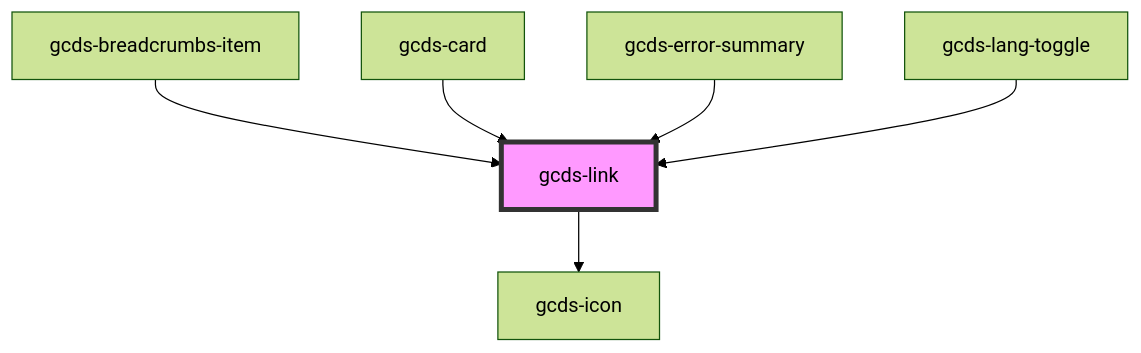
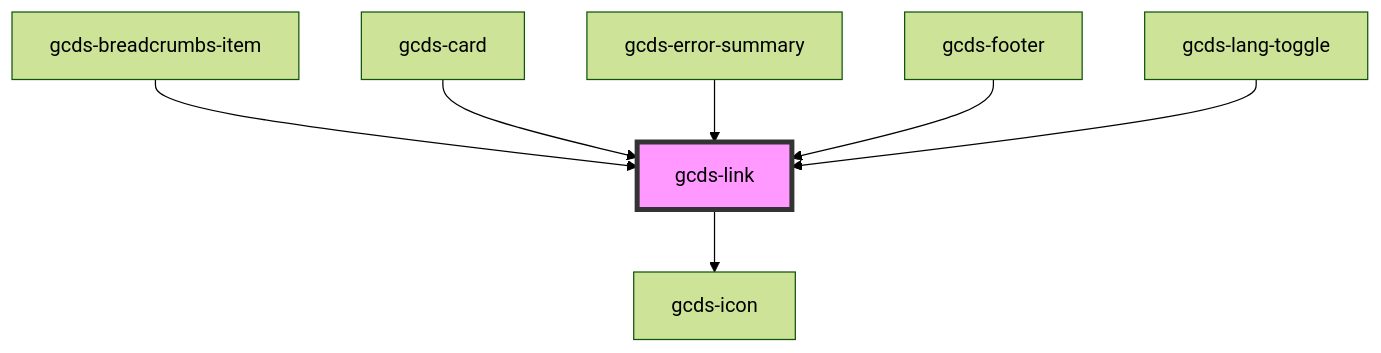
Before and after one commit to cds-snc/gcds-components: the diagram in packages/web/src/components/gcds-link/readme.md, drawn with Mermaid (forest theme). The commit also changed other lines of this file and 4 other files, not shown here.

Commit message:
refactor: integrate gcds-link into gcds-footer

````diff
--- a/packages/web/src/components/gcds-link/readme.md
+++ b/packages/web/src/components/gcds-link/readme.md
@@ -46,9 +47,10 @@
 ```mermaid
 graph TD;
   gcds-link --> gcds-icon
   gcds-breadcrumbs-item --> gcds-link
   gcds-card --> gcds-link
   gcds-error-summary --> gcds-link
+  gcds-footer --> gcds-link
   gcds-lang-toggle --> gcds-link
   style gcds-link fill:#f9f,stroke:#333,stroke-width:4px
 ```
````
